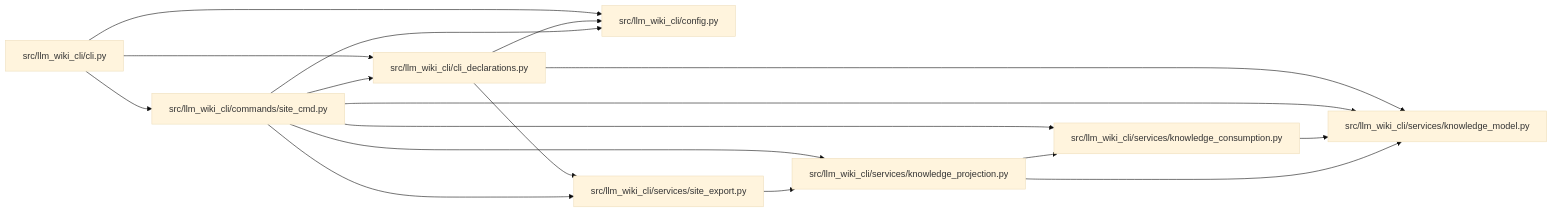
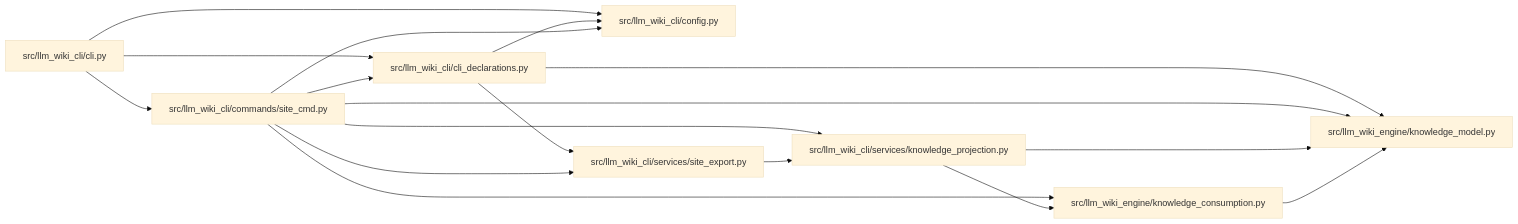
Before and after one commit to Denissvgn/python-wiki-llm: the diagram in docs/llm_wiki/modules/site_cmd.md, drawn with Mermaid (base theme). The commit also changed other lines of this file and 1058 other files, not shown here.

First line of the commit message:
docs: refresh the wiki for the knowledge store move

````diff
--- a/docs/llm_wiki/modules/site_cmd.md
+++ b/docs/llm_wiki/modules/site_cmd.md
@@ -25,35 +25,35 @@
 ```mermaid
 flowchart LR
     n0["src/llm_wiki_cli/cli.py"]
     n1["src/llm_wiki_cli/cli_declarations.py"]
     n2["src/llm_wiki_cli/commands/site_cmd.py"]
     n3["src/llm_wiki_cli/config.py"]
-    n4["src/llm_wiki_cli/services/knowledge_consumption.py"]
-    n5["src/llm_wiki_cli/services/knowledge_model.py"]
-    n6["src/llm_wiki_cli/services/knowledge_projection.py"]
-    n7["src/llm_wiki_cli/services/site_export.py"]
+    n4["src/llm_wiki_cli/services/knowledge_projection.py"]
+    n5["src/llm_wiki_cli/services/site_export.py"]
+    n6["src/llm_wiki_engine/knowledge_consumption.py"]
+    n7["src/llm_wiki_engine/knowledge_model.py"]
     n0 --> n1
     n0 --> n2
     n0 --> n3
     n1 --> n3
     n1 --> n5
     n1 --> n7
     n2 --> n1
     n2 --> n3
     n2 --> n4
     n2 --> n5
     n2 --> n6
     n2 --> n7
-    n4 --> n5
-    n6 --> n4
-    n6 --> n5
-    n7 --> n6
+    n4 --> n6
+    n4 --> n7
+    n5 --> n4
+    n6 --> n7
     click n0 "../modules/cli.md"
     click n1 "../modules/cli_declarations.md"
     click n2 "../modules/site_cmd.md"
     click n3 "../modules/config.md"
-    click n4 "../modules/knowledge_consumption.md"
-    click n5 "../modules/knowledge_model.md"
-    click n6 "../modules/knowledge_projection.md"
-    click n7 "../modules/site_export.md"
+    click n4 "../modules/knowledge_projection.md"
+    click n5 "../modules/site_export.md"
+    click n6 "../modules/knowledge_consumption.md"
+    click n7 "../modules/knowledge_model.md"
 ```
````
